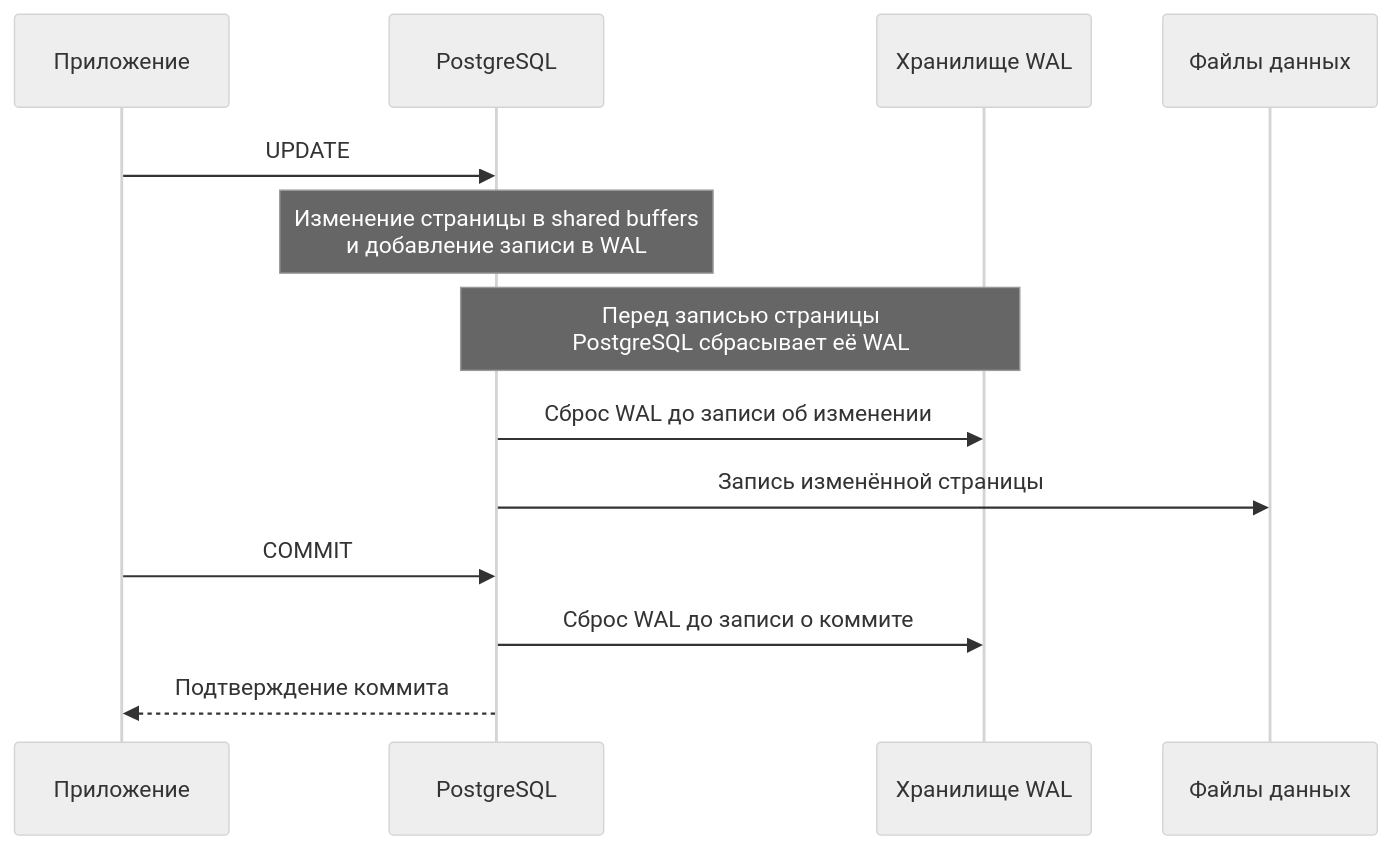
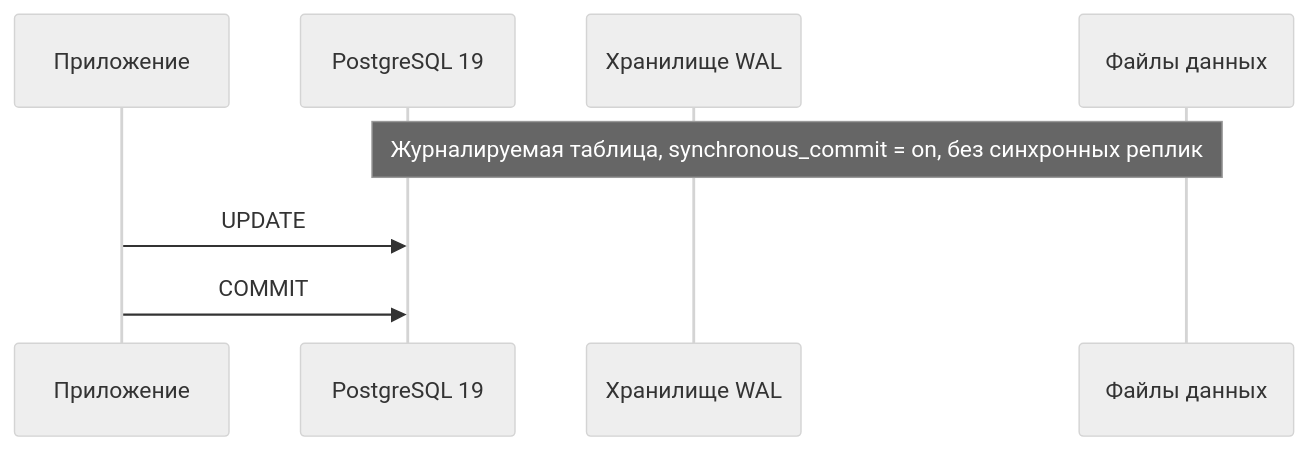
One commit to akeverus/cheat-sheet changed the fifth of 7 diagrams in cheatsheets/interview/databases/database-transactions-interview.md. Above: the diagram before and after it, drawn with Mermaid (neutral theme). The commit also changed other lines of this file and 2 other files, not shown here.

````diff
--- a/cheatsheets/interview/databases/database-transactions-interview.md
+++ b/cheatsheets/interview/databases/database-transactions-interview.md
@@ -957,16 +956,11 @@
 ```mermaid
 sequenceDiagram
     participant App as Приложение
-    participant PG as PostgreSQL
+    participant PG as PostgreSQL 19
     participant WAL as Хранилище WAL
     participant Data as Файлы данных
 
+    Note over PG,Data: Журналируемая таблица, synchronous_commit = on, без синхронных реплик
     App->>PG: UPDATE
-    Note over PG: Изменение страницы в shared buffers<br/>и добавление записи в WAL
-    Note over PG,WAL: Перед записью страницы<br/>PostgreSQL сбрасывает её WAL
-    PG->>WAL: Сброс WAL до записи об изменении
-    PG->>Data: Запись изменённой страницы
     App->>PG: COMMIT
-    PG->>WAL: Сброс WAL до записи о коммите
-    PG-->>App: Подтверждение коммита
 ```
````
